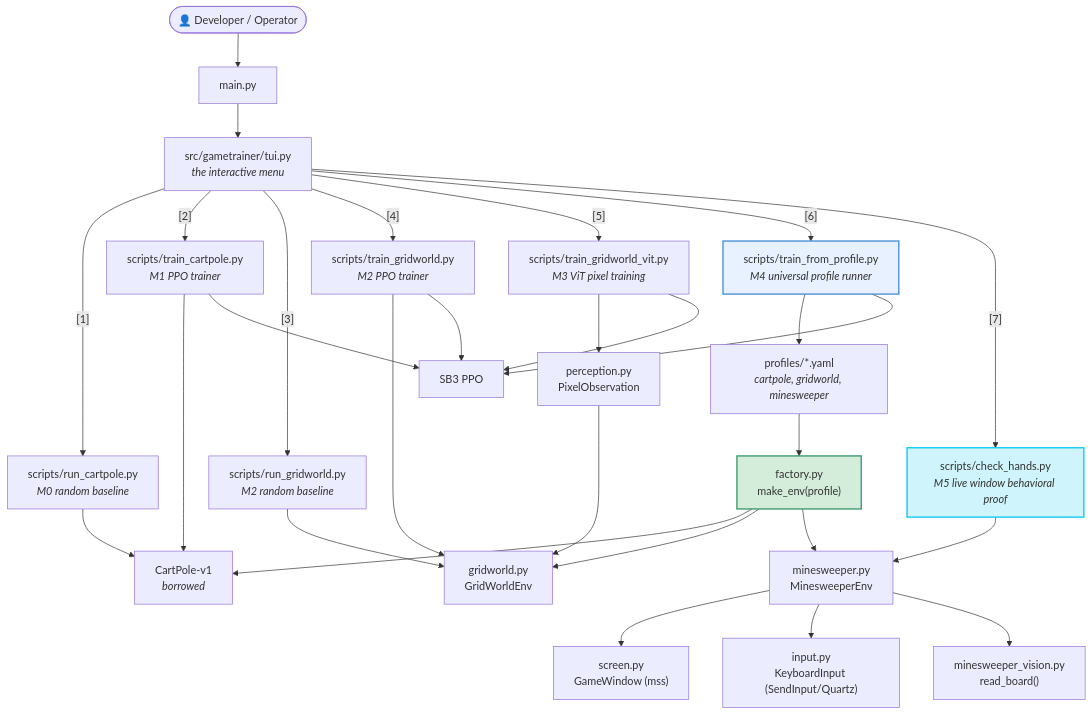
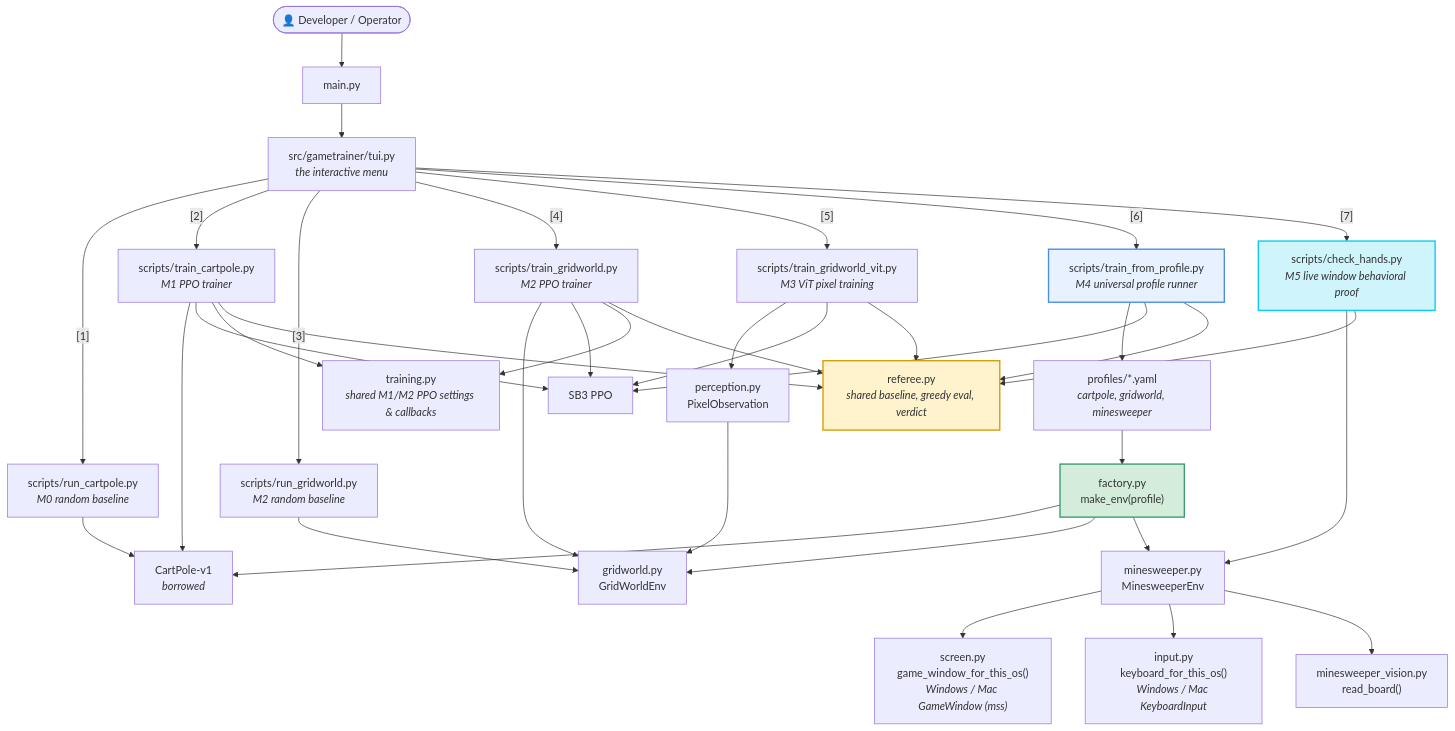
The fifth of 10 diagrams in docs/UML_FULL.md (Showerss/GameTrainer), drawn with Mermaid before and after one commit. The commit also changed other lines of this file and 28 other files, not shown here.

````diff
--- a/docs/UML_FULL.md
+++ b/docs/UML_FULL.md
@@ -199,40 +200,49 @@
 ```mermaid
 flowchart TB
     USER(["👤 Developer / Operator"])
     USER --> MAIN["main.py"]
     MAIN --> TUI["src/gametrainer/tui.py<br/><i>the interactive menu</i>"]
 
     TUI -->|"[1]"| S1["scripts/run_cartpole.py<br/><i>M0 random baseline</i>"]
     TUI -->|"[2]"| S2["scripts/train_cartpole.py<br/><i>M1 PPO trainer</i>"]
     TUI -->|"[3]"| S3["scripts/run_gridworld.py<br/><i>M2 random baseline</i>"]
     TUI -->|"[4]"| S4["scripts/train_gridworld.py<br/><i>M2 PPO trainer</i>"]
     TUI -->|"[5]"| S5["scripts/train_gridworld_vit.py<br/><i>M3 ViT pixel training</i>"]
     TUI -->|"[6]"| S6["scripts/train_from_profile.py<br/><i>M4 universal profile runner</i>"]
     TUI -->|"[7]"| S7["scripts/check_hands.py<br/><i>M5 live window behavioral proof</i>"]
 
     S1 --> CP["CartPole-v1<br/><i>borrowed</i>"]
     S2 --> CP
     S3 --> GW["gridworld.py<br/>GridWorldEnv"]
     S4 --> GW
     S5 --> GWP["perception.py<br/>PixelObservation"] --> GW
     
     S6 --> PROF["profiles/*.yaml<br/><i>cartpole, gridworld, minesweeper</i>"]
     PROF --> FACT["factory.py<br/>make_env(profile)"]
     FACT --> CP
     FACT --> GW
     FACT --> MS["minesweeper.py<br/>MinesweeperEnv"]
 
     S7 --> MS
-    MS --> GWIN["screen.py<br/>GameWindow (mss)"]
-    MS --> KBD["input.py<br/>KeyboardInput (SendInput/Quartz)"]
+    MS --> GWIN["screen.py<br/>game_window_for_this_os()<br/><i>Windows / Mac GameWindow (mss)</i>"]
+    MS --> KBD["input.py<br/>keyboard_for_this_os()<br/><i>Windows / Mac KeyboardInput</i>"]
     MS --> VIS["minesweeper_vision.py<br/>read_board()"]
 
     S2 --> PPO["SB3 PPO"]
     S4 --> PPO
     S5 --> PPO
     S6 --> PPO
 
+    S2 --> TRAIN["training.py<br/><i>shared M1/M2 PPO settings & callbacks</i>"]
+    S4 --> TRAIN
+    S2 --> REF["referee.py<br/><i>shared baseline, greedy eval, verdict</i>"]
+    S4 --> REF
+    S5 --> REF
+    S6 --> REF
+    S7 --> REF
+
     style S6 fill:#e7f1ff,stroke:#4a90d9,stroke-width:2px
     style S7 fill:#cff4fc,stroke:#0dcaf0,stroke-width:2px
     style FACT fill:#d4edda,stroke:#3d9970,stroke-width:2px
+    style REF fill:#fff3cd,stroke:#d39e00,stroke-width:2px
 ```
````
